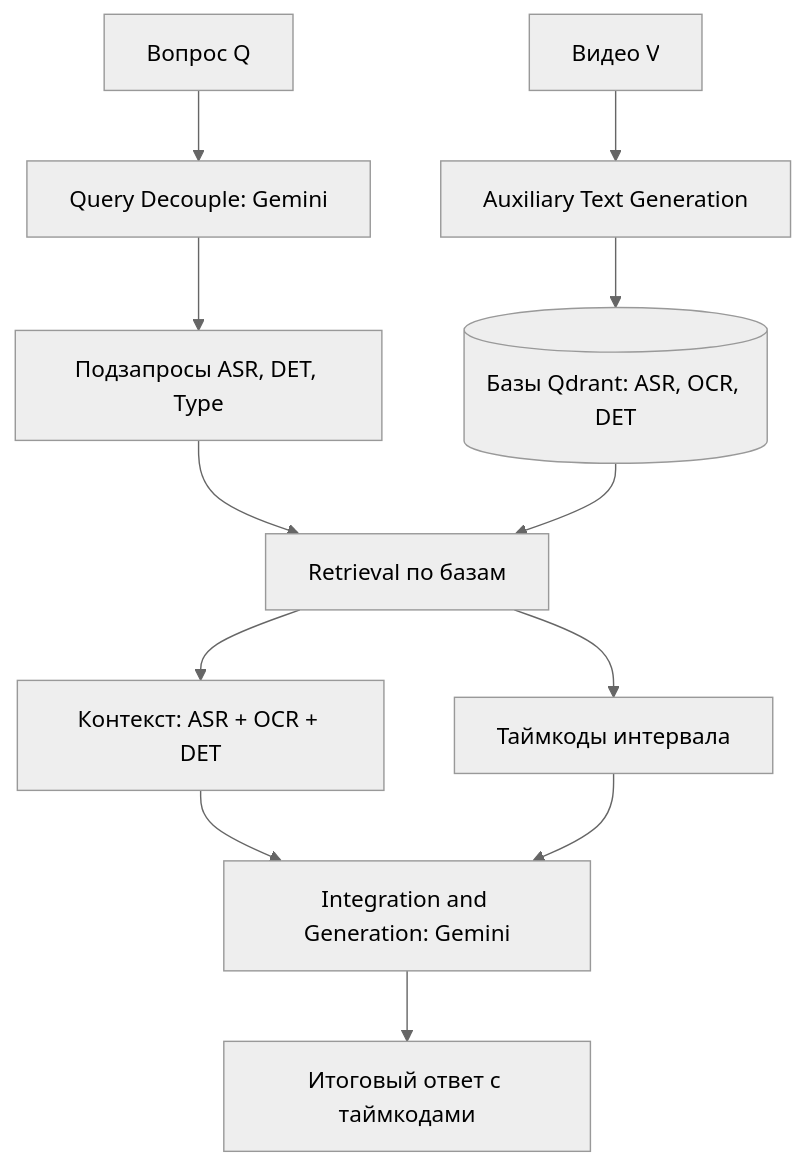
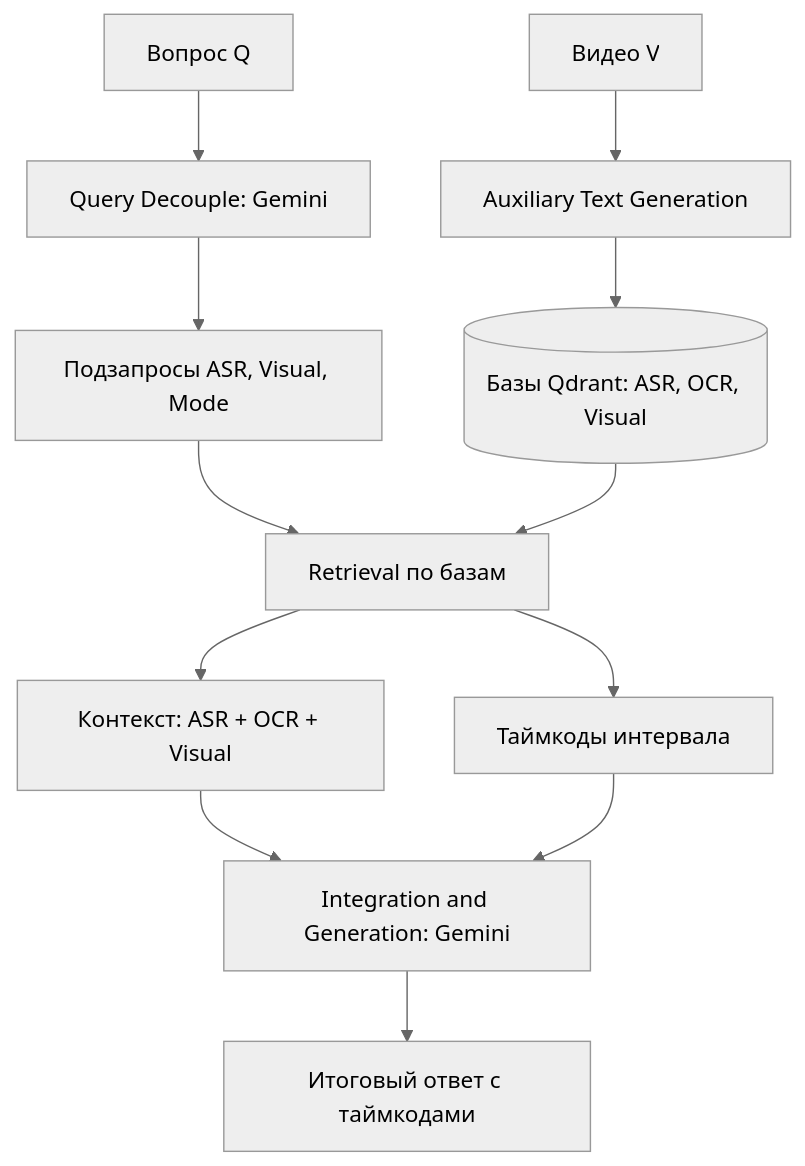
One commit to maxlyara1/multimodal-video-search changed the diagram in README.md. Above: the diagram before and after it, drawn with Mermaid (neutral theme). The commit also changed other lines of this file and 22 other files, not shown here.

````diff
--- a/README.md
+++ b/README.md
@@ -34,17 +34,17 @@
 ```mermaid
 graph TD
     Q[Вопрос Q] --> D[Query Decouple: Gemini]
-    D --> R[Подзапросы ASR, DET, Type]
+    D --> R[Подзапросы ASR, Visual, Mode]
 
     V[Видео V] --> AUX[Auxiliary Text Generation]
-    AUX --> DB[(Базы Qdrant: ASR, OCR, DET)]
+    AUX --> DB[(Базы Qdrant: ASR, OCR, Visual)]
 
     R --> RET[Retrieval по базам]
     DB --> RET
-    RET --> AM[Контекст: ASR + OCR + DET]
+    RET --> AM[Контекст: ASR + OCR + Visual]
     RET --> INT[Таймкоды интервала]
 
     AM --> GEN[Integration and Generation: Gemini]
     INT --> GEN
     GEN --> O[Итоговый ответ с таймкодами]
 ```
````
